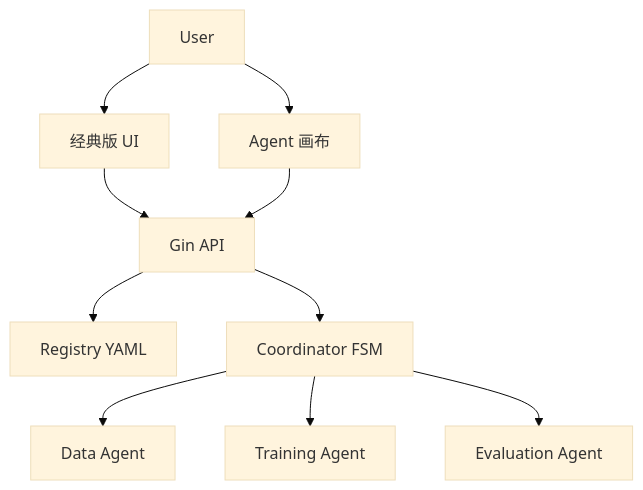
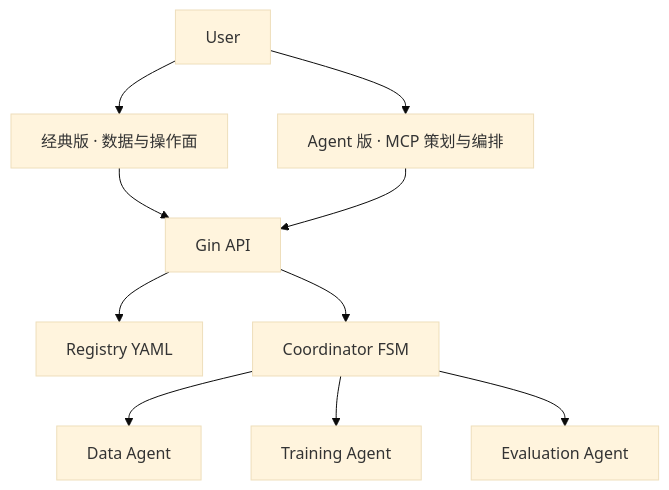
The diagram in README.md (brocademaple/mcp_training-system), drawn with Mermaid (base theme) before and after one commit. The commit also changed other lines of this file and 11 other files, not shown here.

First line of the commit message:
docs: 双版本与 Agent/MCP 叙述，新增架构指南与文档索引入库

````diff
--- a/README.md
+++ b/README.md
@@ -23,21 +23,21 @@
 ```mermaid
 flowchart TB
   User[User]
-  Classic[经典版 UI]
-  AgentUI[Agent 画布]
+  Classic[经典版 · 数据与操作面]
+  AgentUI[Agent 版 · MCP 策划与编排]
   API[Gin API]
   Reg[Registry YAML]
   Orch[Coordinator FSM]
   DataA[Data Agent]
   TrainA[Training Agent]
   EvalA[Evaluation Agent]
   User --> Classic
   User --> AgentUI
   Classic --> API
   AgentUI --> API
   API --> Reg
   API --> Orch
   Orch --> DataA
   Orch --> TrainA
   Orch --> EvalA
 ```
````
